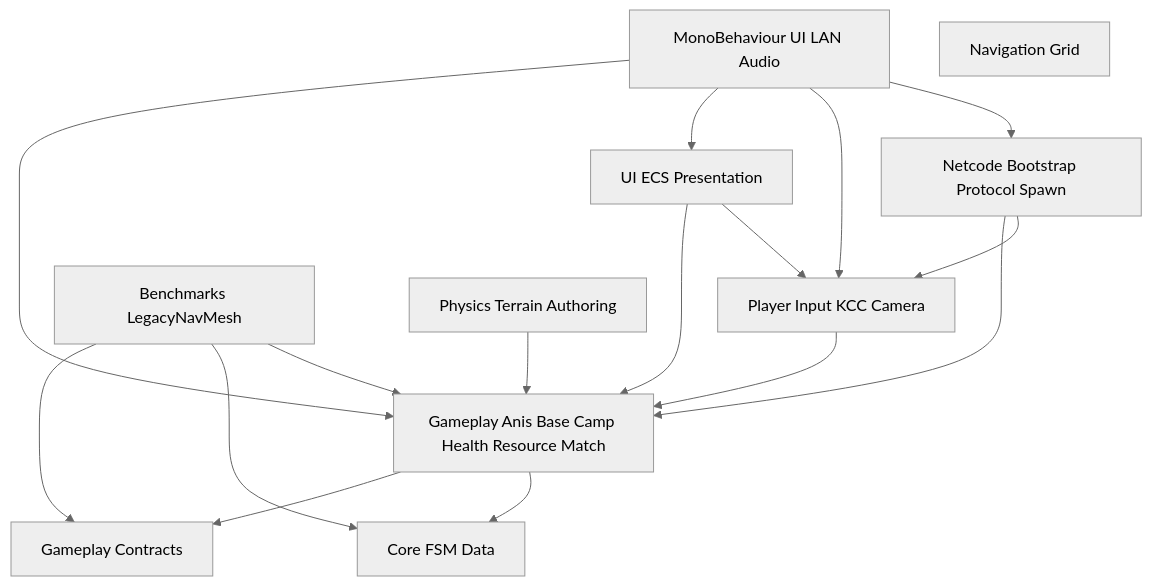
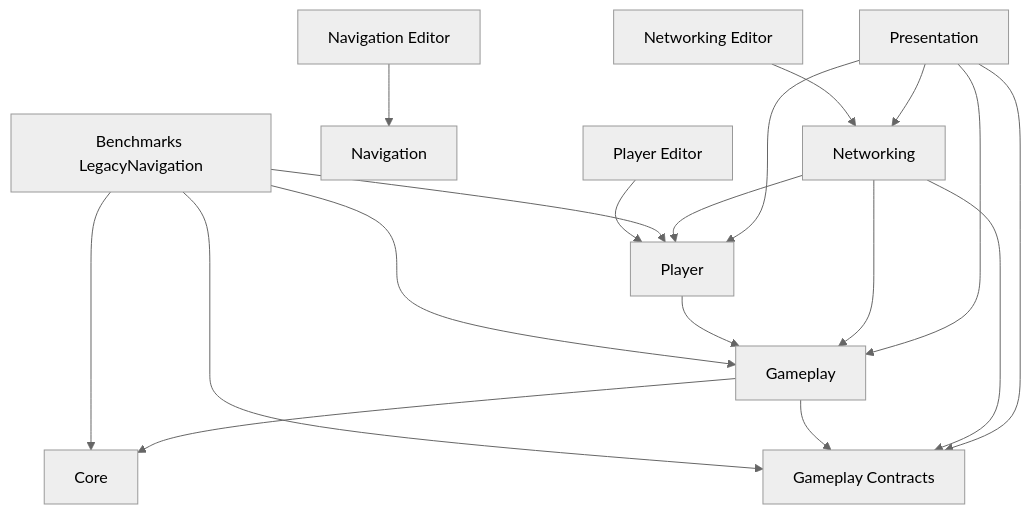
The diagram in docs/Architecture/01_ModuleMap.md (mcaswen/AnimarsCatcher), drawn with Mermaid (neutral theme) before and after one commit. The commit also changed other lines of this file and 31 other files, not shown here.

````diff
--- a/docs/Architecture/01_ModuleMap.md
+++ b/docs/Architecture/01_ModuleMap.md
@@ -64,29 +64,32 @@
 ```mermaid
 flowchart TD
-    Mono[MonoBehaviour UI LAN Audio]
-    UI[UI ECS Presentation]
-    Net[Netcode Bootstrap Protocol Spawn]
-    Player[Player Input KCC Camera]
-    Gameplay[Gameplay Anis Base Camp Health Resource Match]
-    Navigation[Navigation Grid]
-    Legacy[Benchmarks LegacyNavMesh]
-    Physics[Physics Terrain Authoring]
-    Core[Core FSM Data]
+    Presentation[Presentation]
+    Networking[Networking]
+    Player[Player]
+    Gameplay[Gameplay]
+    Navigation[Navigation]
+    Legacy[Benchmarks LegacyNavigation]
+    Core[Core]
     Contracts[Gameplay Contracts]
+    NavEditor[Navigation Editor]
+    NetEditor[Networking Editor]
+    PlayerEditor[Player Editor]
 
-    Mono --> Net
-    Mono --> Player
-    Mono --> UI
-    Mono --> Gameplay
-    UI --> Player
-    UI --> Gameplay
-    Net --> Player
-    Net --> Gameplay
+    Presentation --> Networking
+    Presentation --> Player
+    Presentation --> Gameplay
+    Presentation --> Contracts
+    Networking --> Player
+    Networking --> Gameplay
+    Networking --> Contracts
     Player --> Gameplay
     Gameplay --> Core
     Gameplay --> Contracts
+    Legacy --> Player
     Legacy --> Gameplay
     Legacy --> Core
     Legacy --> Contracts
-    Physics --> Gameplay
+    NavEditor --> Navigation
+    NetEditor --> Networking
+    PlayerEditor --> Player
 ```
````
